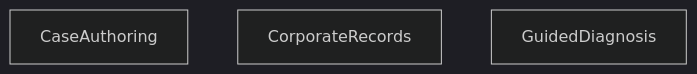
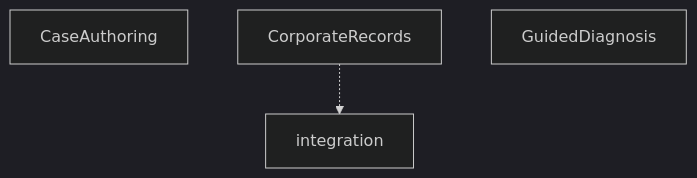
The diagram in knowledge/projections/capability-map.mmd (zig999/servicedesk), drawn with Mermaid (dark theme) before and after one commit. The commit also changed 17 other files, not shown here.

```diff
--- a/knowledge/projections/capability-map.mmd
+++ b/knowledge/projections/capability-map.mmd
@@ -1,4 +1,7 @@
 flowchart TD
     case_authoring["CaseAuthoring"]
+    %% unmapped: no scenario names case-authoring and no contract consumes it; which contexts realize it is undeclared
     corporate_records["CorporateRecords"]
+    corporate_records -.-> integration
     guided_diagnosis["GuidedDiagnosis"]
+    %% unmapped: no scenario names guided-diagnosis and no contract consumes it; which contexts realize it is undeclared
```
